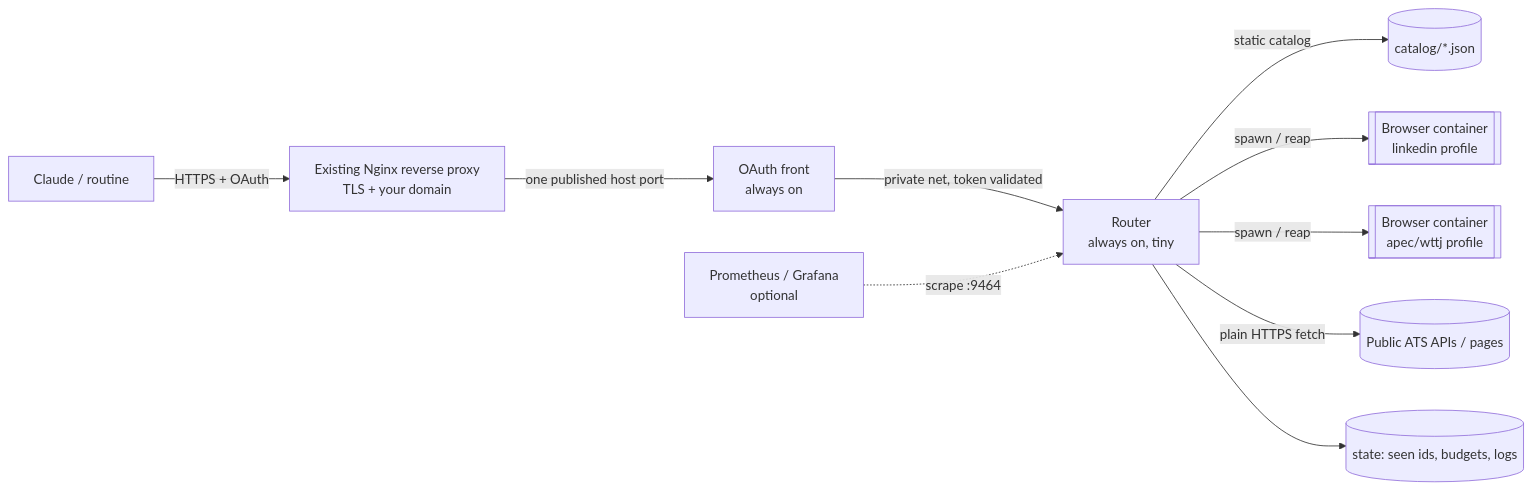
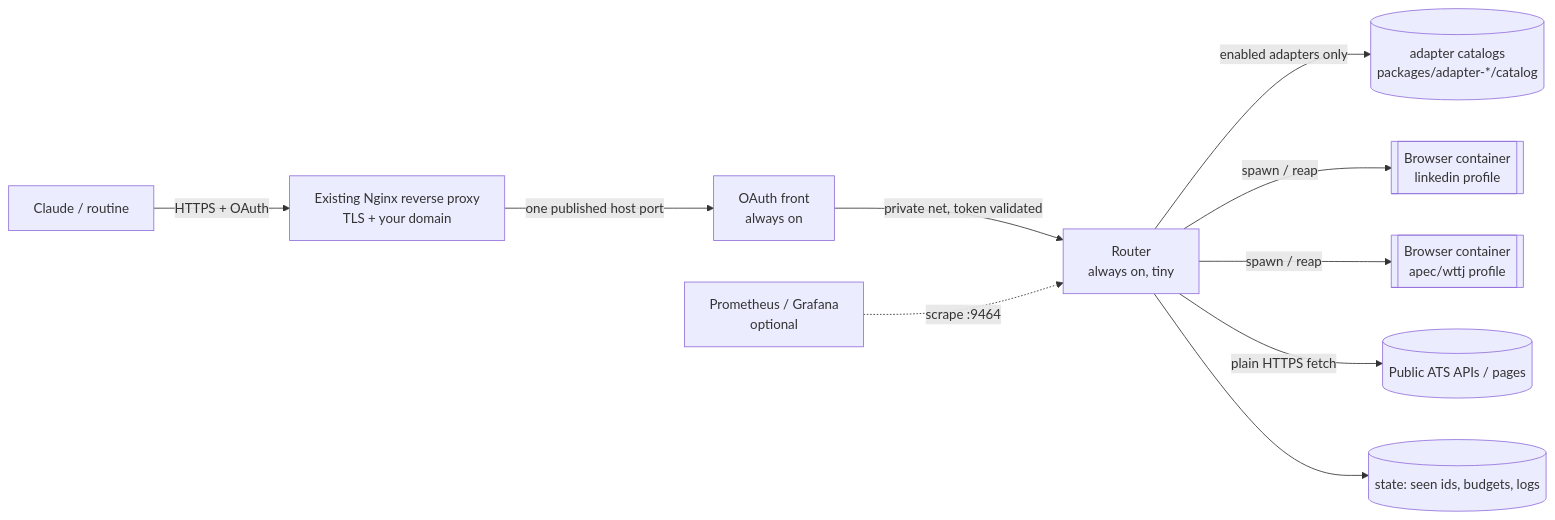
Before and after one commit to notcheu/jobwatch-mcp: the diagram in 00-overview.md, drawn with Mermaid. The commit also changed 12 other files, not shown here.

Commit message:
Docs: Nx monorepo (sdk, core, adapters, one package per platform, mcp and cli apps) with per-adapter enable/disable

````diff
--- a/00-overview.md
+++ b/00-overview.md
@@ -32,12 +32,12 @@
 ```mermaid
 flowchart LR
   C[Claude / routine] -- HTTPS + OAuth --> T[Existing Nginx reverse proxy<br/>TLS + your domain]
   T -- "one published host port" --> A[OAuth front<br/>always on]
   A -- private net, token validated --> R[Router<br/>always on, tiny]
-  R -- static catalog --> K[(catalog/*.json)]
+  R -- enabled adapters only --> K[(adapter catalogs<br/>packages/adapter-*/catalog)]
   R -- spawn / reap --> B1[[Browser container<br/>linkedin profile]]
   R -- spawn / reap --> B2[[Browser container<br/>apec/wttj profile]]
   R -- plain HTTPS fetch --> W[(Public ATS APIs / pages)]
   R --> S[(state: seen ids, budgets, logs)]
   P[Prometheus / Grafana<br/>optional] -. scrape :9464 .-> R
 ```
````
